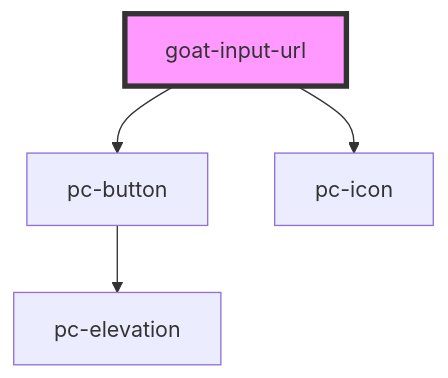
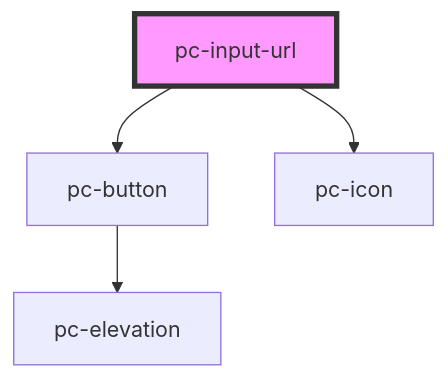
The diagram in src/components/input-controls/input/input-url/readme.md (redvars/peacock), drawn with Mermaid before and after one commit. The commit also changed other lines of this file and 299 other files, not shown here.

````diff
--- a/src/components/input-controls/input/input-url/readme.md
+++ b/src/components/input-controls/input/input-url/readme.md
@@ -93,7 +93,7 @@
 ```mermaid
 graph TD;
-  goat-input-url --> pc-button
-  goat-input-url --> pc-icon
+  pc-input-url --> pc-button
+  pc-input-url --> pc-icon
   pc-button --> pc-elevation
-  style goat-input-url fill:#f9f,stroke:#333,stroke-width:4px
+  style pc-input-url fill:#f9f,stroke:#333,stroke-width:4px
 ```
````
